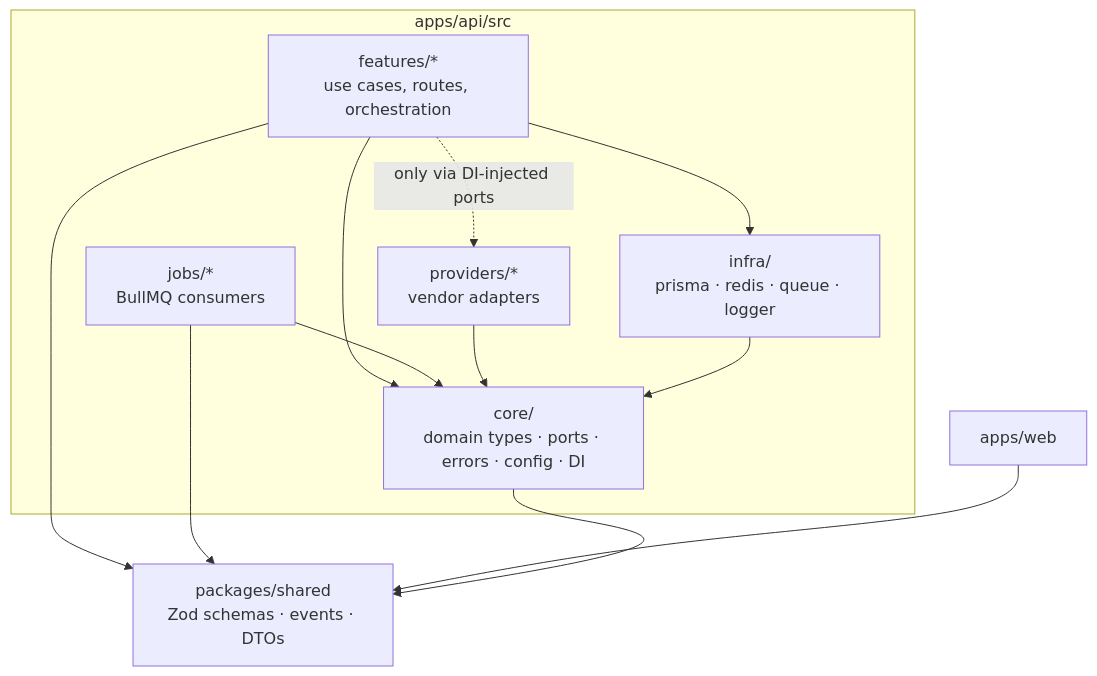
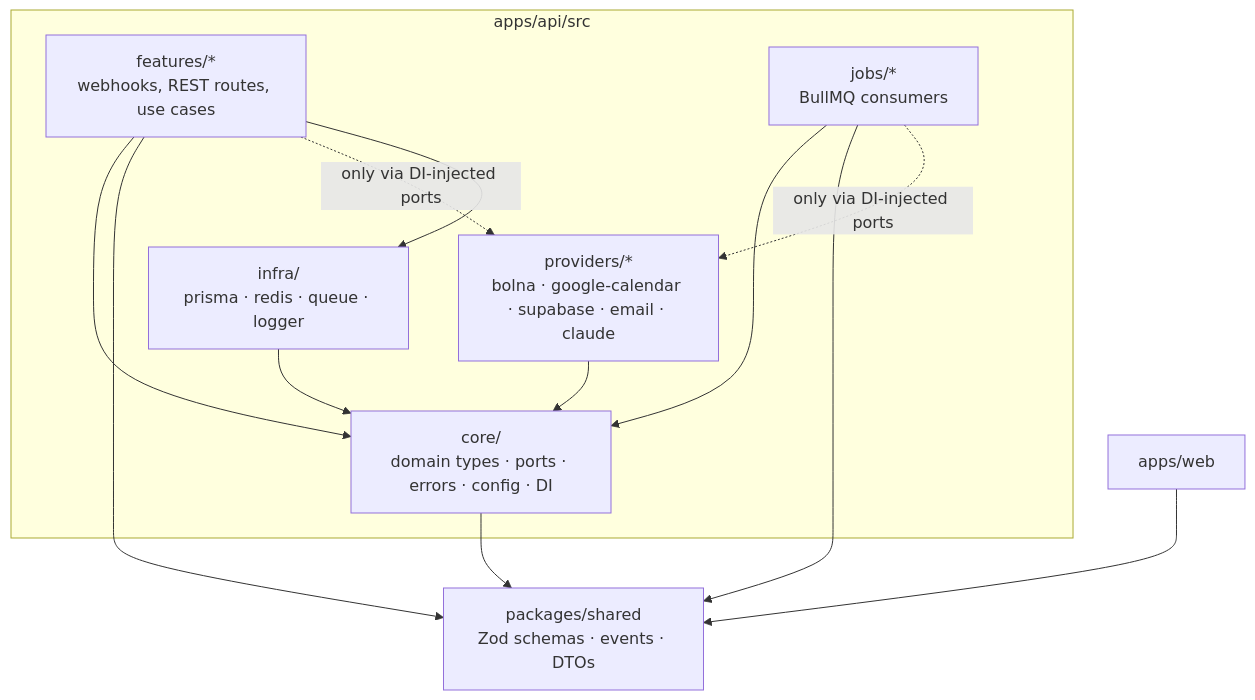
Before and after one commit to gandhi120/RecruitPilot_AI: the diagram in docs/03_FOLDER_STRUCTURE.md, drawn with Mermaid. The commit also changed other lines of this file and 34 other files, not shown here.

First line of the commit message:
docs: pivot voice stack to Bolna; archive DIY vendor docs as phase-2 reference

````diff
--- a/docs/03_FOLDER_STRUCTURE.md
+++ b/docs/03_FOLDER_STRUCTURE.md
@@ -44,23 +46,24 @@
 ```mermaid
 flowchart TB
     subgraph API["apps/api/src"]
-        FEAT[features/*<br/>use cases, routes, orchestration]
+        FEAT[features/*<br/>webhooks, REST routes, use cases]
         CORE[core/<br/>domain types · ports · errors · config · DI]
-        PROV[providers/*<br/>vendor adapters]
+        PROV[providers/*<br/>bolna · google-calendar · supabase · email · claude]
         INFRA[infra/<br/>prisma · redis · queue · logger]
         JOBS[jobs/*<br/>BullMQ consumers]
     end
     SHARED[packages/shared<br/>Zod schemas · events · DTOs]
     WEB[apps/web]
 
     FEAT --> CORE
     JOBS --> CORE
     PROV --> CORE
     INFRA --> CORE
     FEAT --> SHARED
     JOBS --> SHARED
     WEB --> SHARED
     CORE --> SHARED
     FEAT -.->|"only via DI-injected ports"| PROV
+    JOBS -.->|"only via DI-injected ports"| PROV
     FEAT --> INFRA
 ```
````
